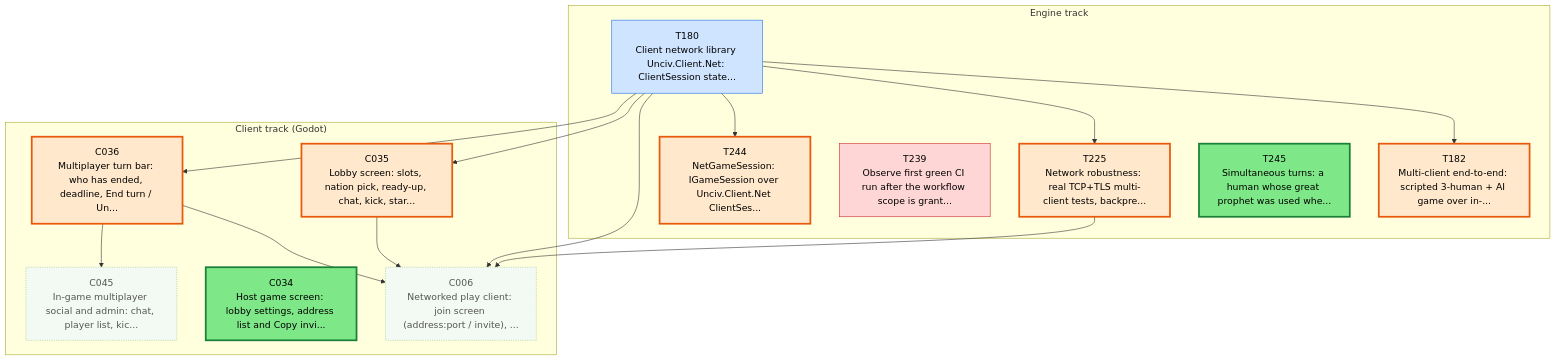
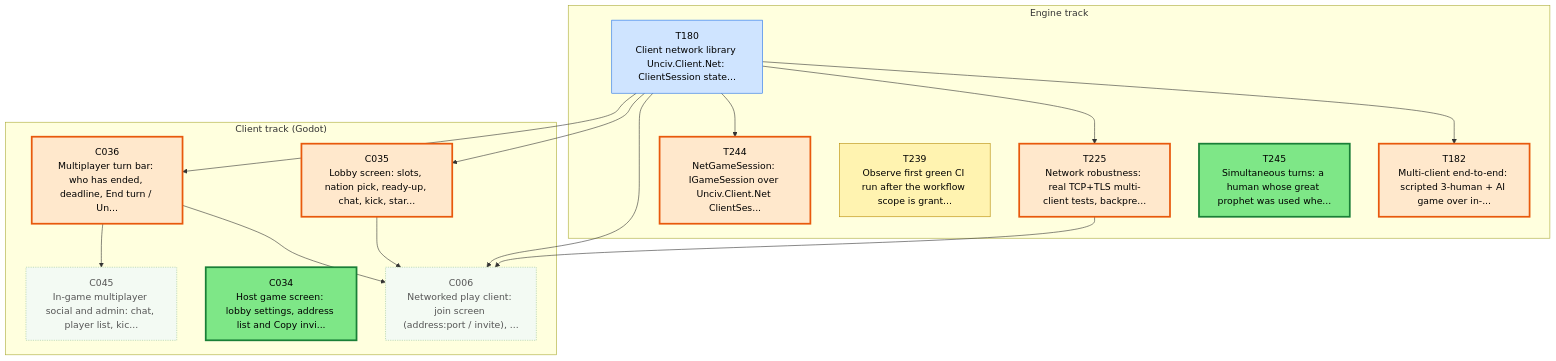
Before and after one commit to Kenmura/Unciv: the first of 3 diagrams in csharp/migration/DEPENDENCY_MAP.md, drawn with Mermaid. The commit also changed other lines of this file and 1 other file, not shown here.

````diff
--- a/csharp/migration/DEPENDENCY_MAP.md
+++ b/csharp/migration/DEPENDENCY_MAP.md
@@ -24,46 +24,46 @@
 ```mermaid
 flowchart TD
   subgraph TTRACK["Engine track"]
     T180["T180<br/>Client network library Unciv.Client.Net: ClientSession state..."]
     T182["T182<br/>Multi-client end-to-end: scripted 3-human + AI game over in-..."]
     T225["T225<br/>Network robustness: real TCP+TLS multi-client tests, backpre..."]
     T239["T239<br/>Observe first green CI run after the workflow scope is grant..."]
     T244["T244<br/>NetGameSession: IGameSession over Unciv.Client.Net ClientSes..."]
     T245["T245<br/>Simultaneous turns: a human whose great prophet was used whe..."]
   end
   subgraph CTRACK["Client track (Godot)"]
     C006["C006<br/>Networked play client: join screen (address:port / invite), ..."]
     C034["C034<br/>Host game screen: lobby settings, address list and Copy invi..."]
     C035["C035<br/>Lobby screen: slots, nation pick, ready-up, chat, kick, star..."]
     C036["C036<br/>Multiplayer turn bar: who has ended, deadline, End turn / Un..."]
     C045["C045<br/>In-game multiplayer social and admin: chat, player list, kic..."]
   end
   T180 --> T182
   T180 --> T225
   T180 --> T244
   T180 --> C006
   C035 --> C006
   C036 --> C006
   T225 --> C006
   T180 --> C035
   T180 --> C036
   C036 --> C045
   classDef waiting fill:#f3faf3,stroke:#9bc49b,color:#555,stroke-dasharray:2 2
   classDef ondeck fill:#ffe8cc,stroke:#e8590c,stroke-width:3px,color:#000
   classDef ready fill:#7ee787,stroke:#1a7f37,stroke-width:3px,color:#000
   classDef prog fill:#fff3b0,stroke:#b58900,color:#000
   classDef review fill:#cfe4ff,stroke:#1f6feb,color:#000
   classDef blocked fill:#ffd6d6,stroke:#c62828,color:#000
   classDef done fill:#eeeeee,stroke:#999999,color:#666,stroke-dasharray:4 3
   class C006 waiting
   class C034 ready
   class C035 ondeck
   class C036 ondeck
   class C045 waiting
   class T180 review
   class T182 ondeck
   class T225 ondeck
-  class T239 blocked
+  class T239 prog
   class T244 ondeck
   class T245 ready
 ```
````
